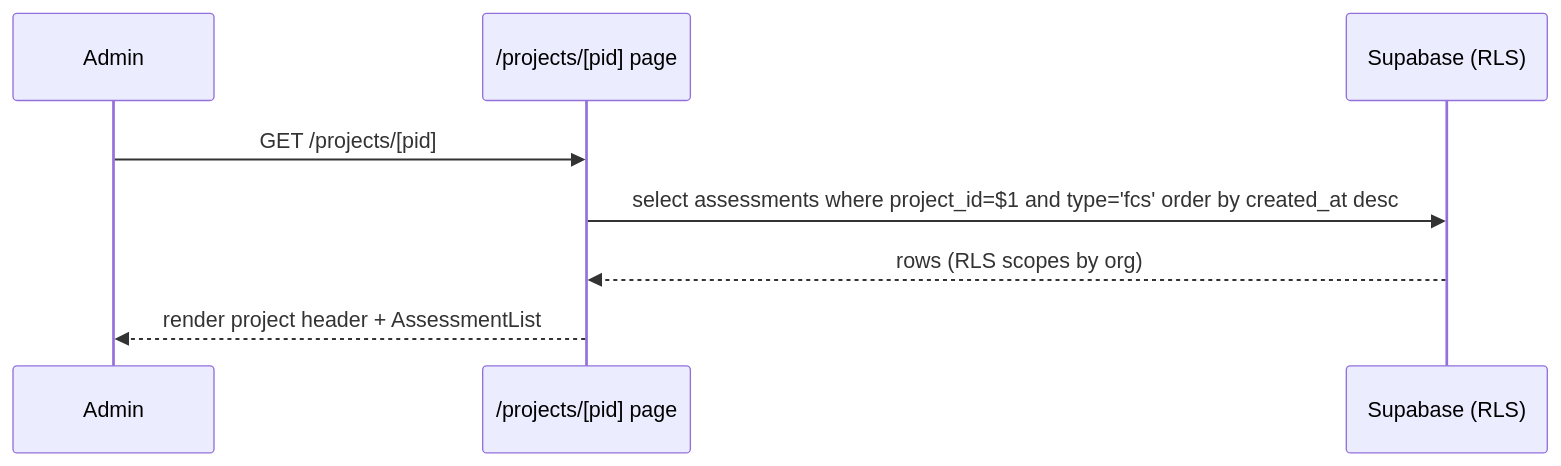
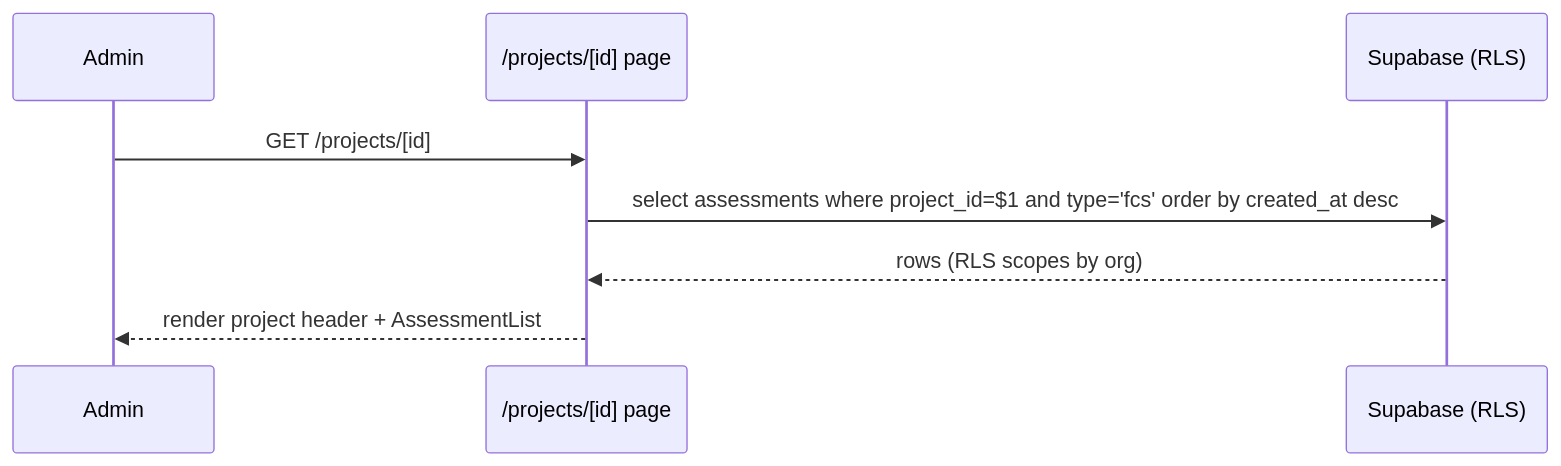
The second of 6 diagrams in docs/design/lld-v11-e11-2-fcs-scoped-to-projects.md (mironyx/feature-comprehension-score), drawn with Mermaid before and after one commit. The commit also changed other lines of this file and 3 other files, not shown here.

````diff
--- a/docs/design/lld-v11-e11-2-fcs-scoped-to-projects.md
+++ b/docs/design/lld-v11-e11-2-fcs-scoped-to-projects.md
@@ -58,10 +71,10 @@
 ```mermaid
 sequenceDiagram
   participant U as Admin
-  participant P as /projects/[pid] page
+  participant P as /projects/[id] page
   participant DB as Supabase (RLS)
-  U->>P: GET /projects/[pid]
+  U->>P: GET /projects/[id]
   P->>DB: select assessments where project_id=$1 and type='fcs' order by created_at desc
   DB-->>P: rows (RLS scopes by org)
   P-->>U: render project header + AssessmentList
 ```
````
